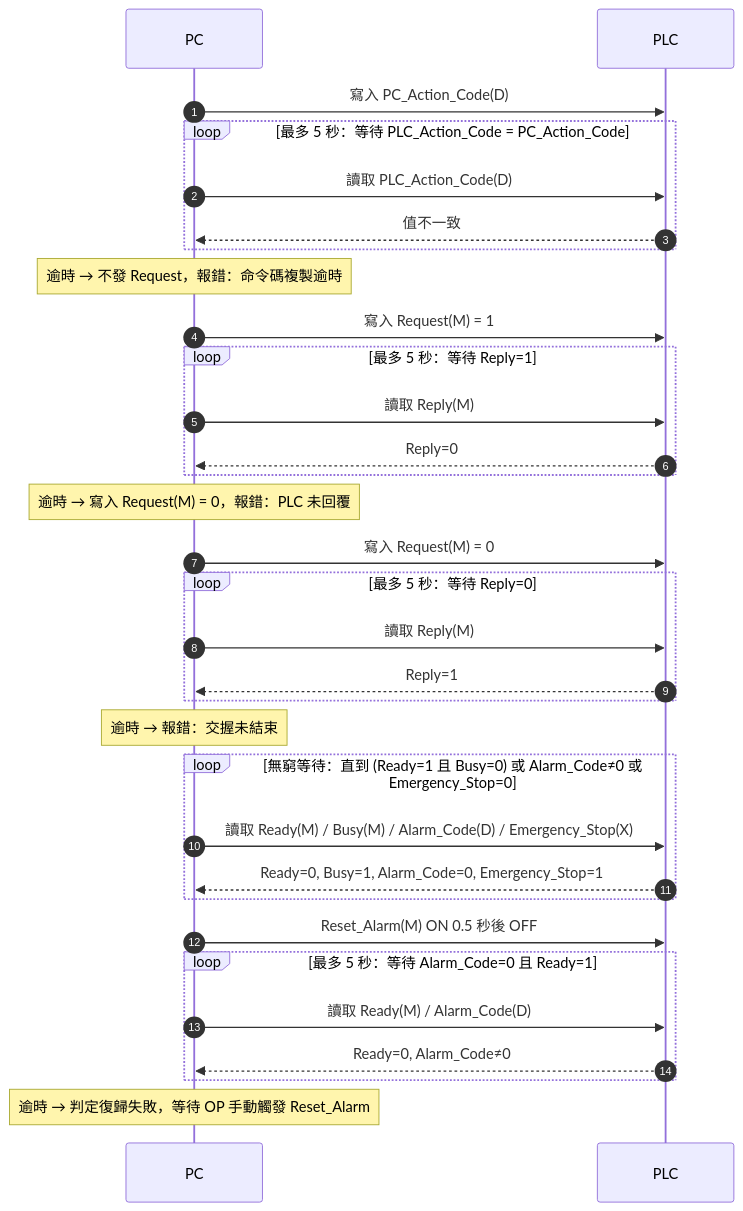
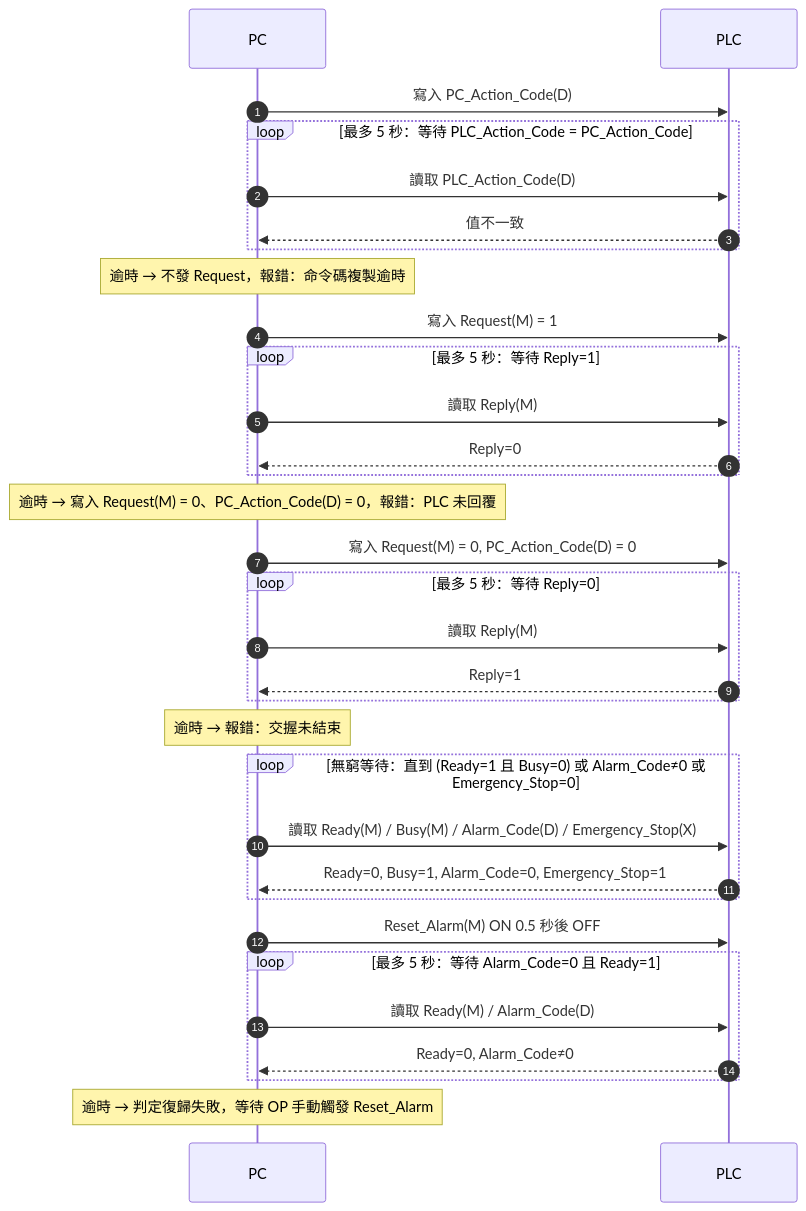
Before and after one commit to Jimengyi/PLC-and-PL-Modbus-Motion: the fourth of 8 diagrams in docs/PLC_PC_Modbus_通訊規格.md, drawn with Mermaid. The commit also changed other lines of this file, not shown here.

First line of the commit message:
規格書：Request 寫回 0 時一併將 PC_Action_Code 寫為 0

````diff
--- a/docs/PLC_PC_Modbus_通訊規格.md
+++ b/docs/PLC_PC_Modbus_通訊規格.md
@@ -368,39 +369,39 @@
 ```mermaid
 sequenceDiagram
     autonumber
     participant PC
     participant PLC
 
     PC->>PLC: 寫入 PC_Action_Code(D)
     loop 最多 5 秒：等待 PLC_Action_Code = PC_Action_Code
         PC->>PLC: 讀取 PLC_Action_Code(D)
         PLC-->>PC: 值不一致
     end
     Note over PC: 逾時 → 不發 Request，報錯：命令碼複製逾時
 
     PC->>PLC: 寫入 Request(M) = 1
     loop 最多 5 秒：等待 Reply=1
         PC->>PLC: 讀取 Reply(M)
         PLC-->>PC: Reply=0
     end
-    Note over PC: 逾時 → 寫入 Request(M) = 0，報錯：PLC 未回覆
+    Note over PC: 逾時 → 寫入 Request(M) = 0、PC_Action_Code(D) = 0，報錯：PLC 未回覆
 
-    PC->>PLC: 寫入 Request(M) = 0
+    PC->>PLC: 寫入 Request(M) = 0, PC_Action_Code(D) = 0
     loop 最多 5 秒：等待 Reply=0
         PC->>PLC: 讀取 Reply(M)
         PLC-->>PC: Reply=1
     end
     Note over PC: 逾時 → 報錯：交握未結束
 
     loop 無窮等待：直到 (Ready=1 且 Busy=0) 或 Alarm_Code≠0 或 Emergency_Stop=0
         PC->>PLC: 讀取 Ready(M) / Busy(M) / Alarm_Code(D) / Emergency_Stop(X)
         PLC-->>PC: Ready=0, Busy=1, Alarm_Code=0, Emergency_Stop=1
     end
 
     PC->>PLC: Reset_Alarm(M) ON 0.5 秒後 OFF
     loop 最多 5 秒：等待 Alarm_Code=0 且 Ready=1
         PC->>PLC: 讀取 Ready(M) / Alarm_Code(D)
         PLC-->>PC: Ready=0, Alarm_Code≠0
     end
     Note over PC: 逾時 → 判定復歸失敗，等待 OP 手動觸發 Reset_Alarm
 ```
````
